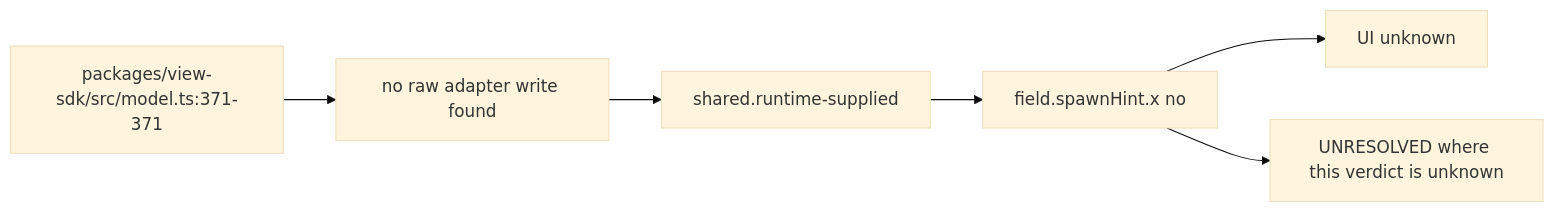
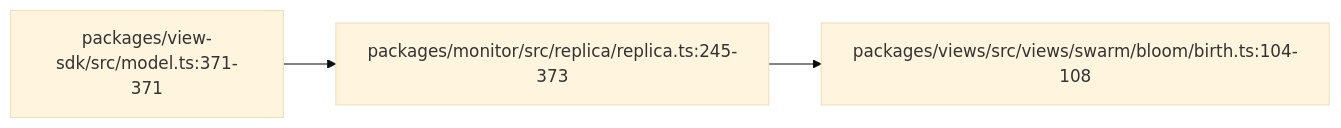
Before and after one commit to vibefield/puppeteer: the diagram in audit/godview/evidence/antigravity/spawnHint.x.mmd, drawn with Mermaid (base theme). The commit also changed 1255 other files, not shown here.

```diff
--- a/audit/godview/evidence/antigravity/spawnHint.x.mmd
+++ b/audit/godview/evidence/antigravity/spawnHint.x.mmd
@@ -1,13 +1,9 @@
-%% graph_ref: shared.runtime-supplied
-%% adapter: antigravity
-%% field: field.spawnHint.x
-%% forensic: source-read at 748d015; not a live sample
+%% graph_ref: path.window
+%% shared_map: 07e71c9bcb9532fc181e3f667f2d0ed2e7c9afaf
+%% forensic: source-read 748d015a7e393112e0a91dad80111fdf5abe6583; not a live sample
 flowchart LR
-  src["packages/view-sdk/src/model.ts:371-371"]
-  raw["no raw adapter write found"]
-  shared["shared.runtime-supplied"]
-  row["field.spawnHint.x no"]
-  ui["UI unknown"]
-  src --> raw --> shared --> row --> ui
-  open["UNRESOLVED where this verdict is unknown"]
-  row --> open
+  n0["packages/view-sdk/src/model.ts:371-371"]
+  n1["packages/monitor/src/replica/replica.ts:245-373"]
+  n0 --> n1
+  n2["packages/views/src/views/swarm/bloom/birth.ts:104-108"]
+  n1 --> n2
```
